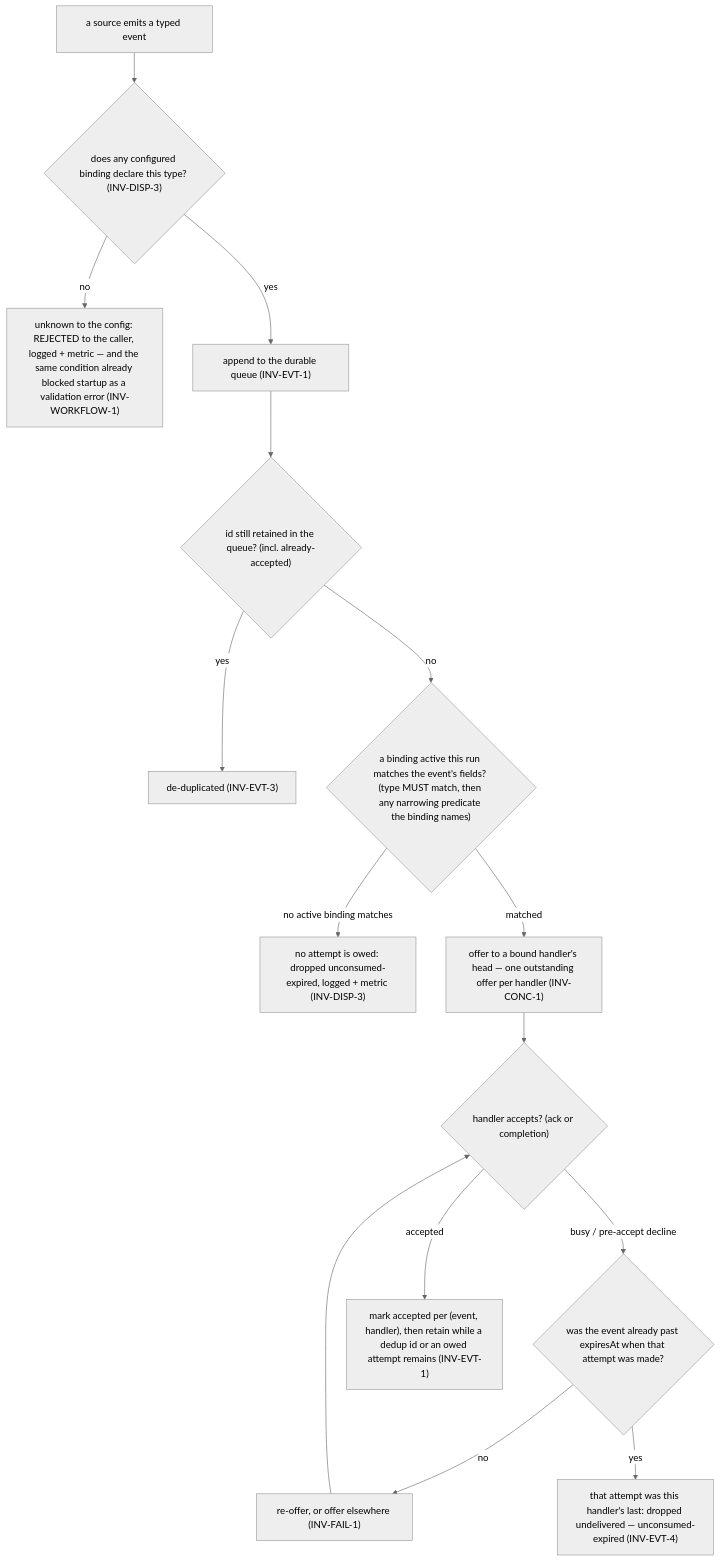
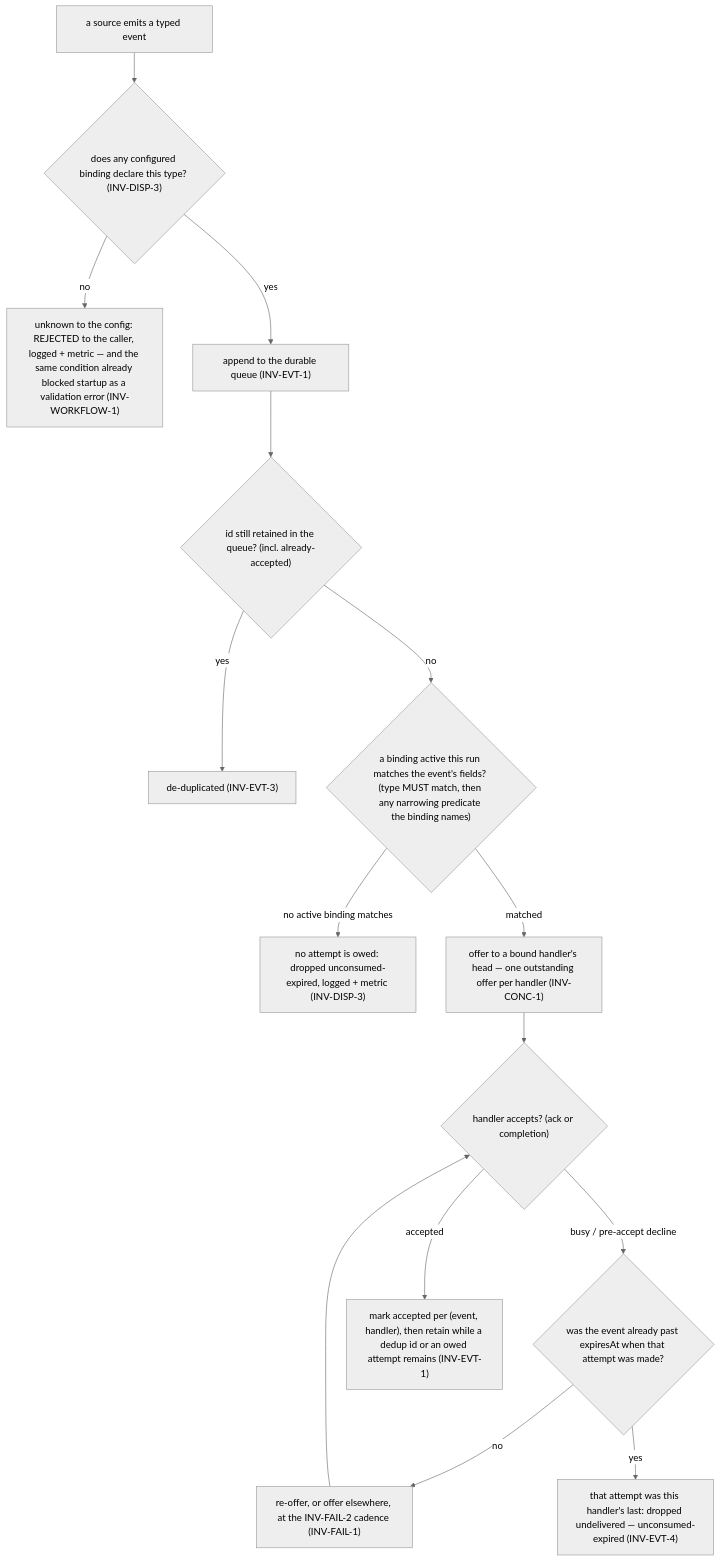
The first of 2 diagrams in packages/pr-pool/docs/behavior/invariants.md (phillipgreenii/nix-agent-support), drawn with Mermaid (neutral theme) before and after one commit. The commit also changed other lines of this file and 16 other files, not shown here.

````diff
--- a/packages/pr-pool/docs/behavior/invariants.md
+++ b/packages/pr-pool/docs/behavior/invariants.md
@@ -17,17 +17,17 @@
 ```mermaid
 flowchart TD
     emit["a source emits a typed event"] --> known{"does any configured binding declare this type? (INV-DISP-3)"}
     known -->|no| rej["unknown to the config: REJECTED to the caller, logged + metric — and the same condition already blocked startup as a validation error (INV-WORKFLOW-1)"]
     known -->|yes| enq["append to the durable queue (INV-EVT-1)"]
     enq --> dedup{"id still retained in the queue? (incl. already-accepted)"}
     dedup -->|yes| drop["de-duplicated (INV-EVT-3)"]
     dedup -->|no| match{"a binding active this run matches the event's fields? (type MUST match, then any narrowing predicate the binding names)"}
     match -->|"no active binding matches"| noh["no attempt is owed: dropped unconsumed-expired, logged + metric (INV-DISP-3)"]
     match -->|matched| offer["offer to a bound handler's head — one outstanding offer per handler (INV-CONC-1)"]
     offer --> acc{"handler accepts? (ack or completion)"}
     acc -->|"busy / pre-accept decline"| exp{"was the event already past expiresAt when that attempt was made?"}
-    exp -->|no| reoffer["re-offer, or offer elsewhere (INV-FAIL-1)"]
+    exp -->|no| reoffer["re-offer, or offer elsewhere, at the INV-FAIL-2 cadence (INV-FAIL-1)"]
     reoffer --> acc
     exp -->|yes| expire["that attempt was this handler's last: dropped undelivered — unconsumed-expired (INV-EVT-4)"]
     acc -->|accepted| mark["mark accepted per (event, handler), then retain while a dedup id or an owed attempt remains (INV-EVT-1)"]
 ```
````
